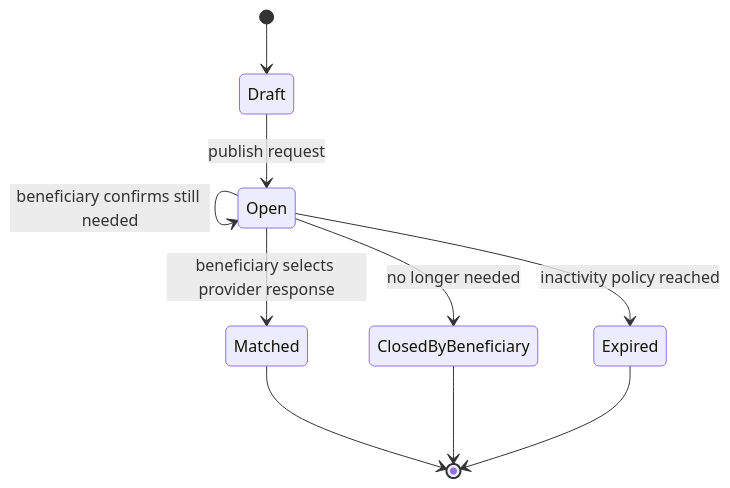
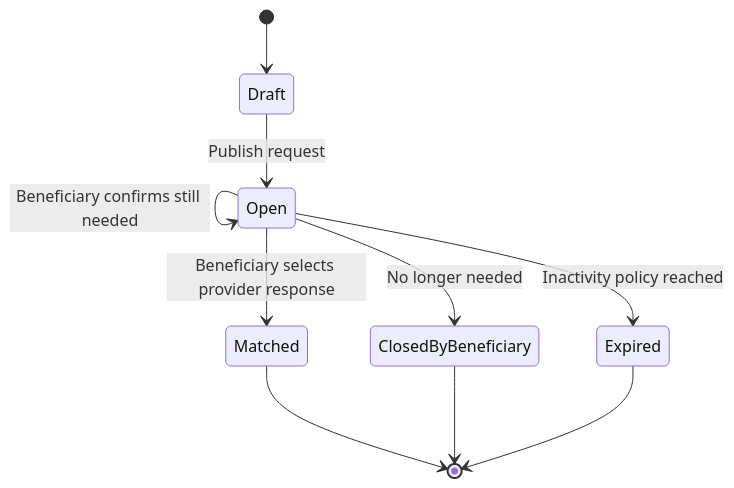
One commit to Yadd-SanaaUniversityGraduationProject/yadd changed the first of 7 diagrams in docs/03-analysis/07-lifecycles.md. Above: the diagram before and after it, drawn with Mermaid. The commit also changed other lines of this file, not shown here.

Commit message:
analysis: fix transaction terminal state and response lifecycle

````diff
--- a/docs/03-analysis/07-lifecycles.md
+++ b/docs/03-analysis/07-lifecycles.md
@@ -9,12 +11,12 @@
 ```mermaid
 stateDiagram-v2
     [*] --> Draft
-    Draft --> Open: publish request
-    Open --> Open: beneficiary confirms still needed
-    Open --> Matched: beneficiary selects provider response
-    Open --> ClosedByBeneficiary: no longer needed
-    Open --> Expired: inactivity policy reached
+    Draft --> Open: Publish request
+    Open --> Open: Beneficiary confirms still needed
+    Open --> Matched: Beneficiary selects provider response
+    Open --> ClosedByBeneficiary: No longer needed
+    Open --> Expired: Inactivity policy reached
     Matched --> [*]
     ClosedByBeneficiary --> [*]
     Expired --> [*]
 ```
````
